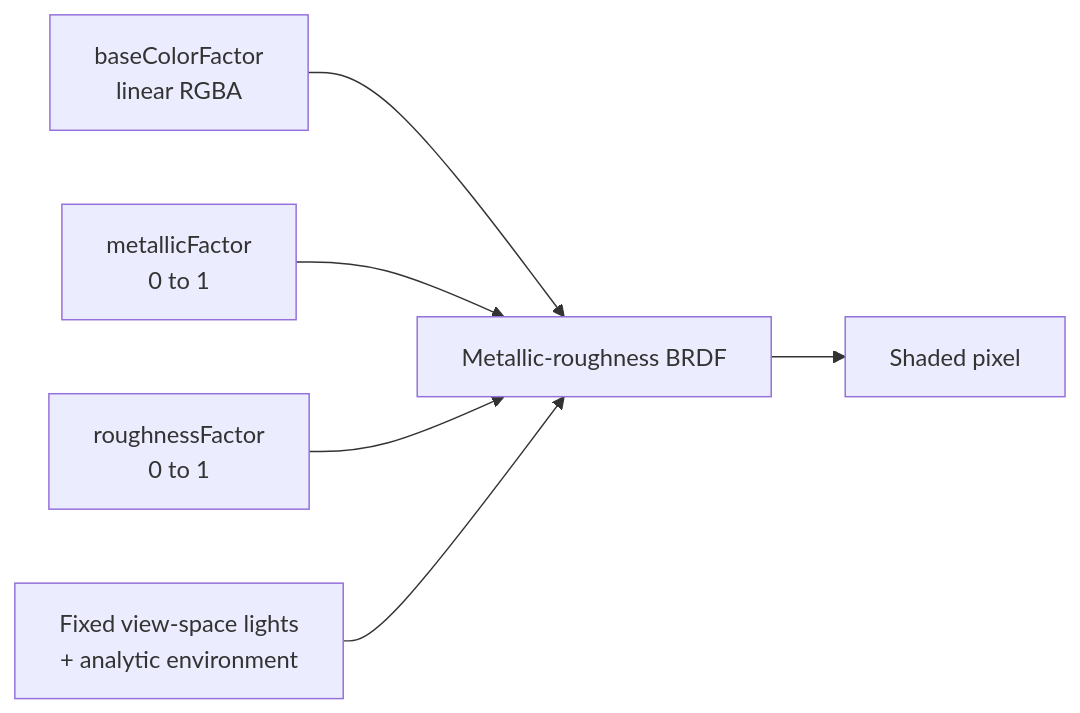
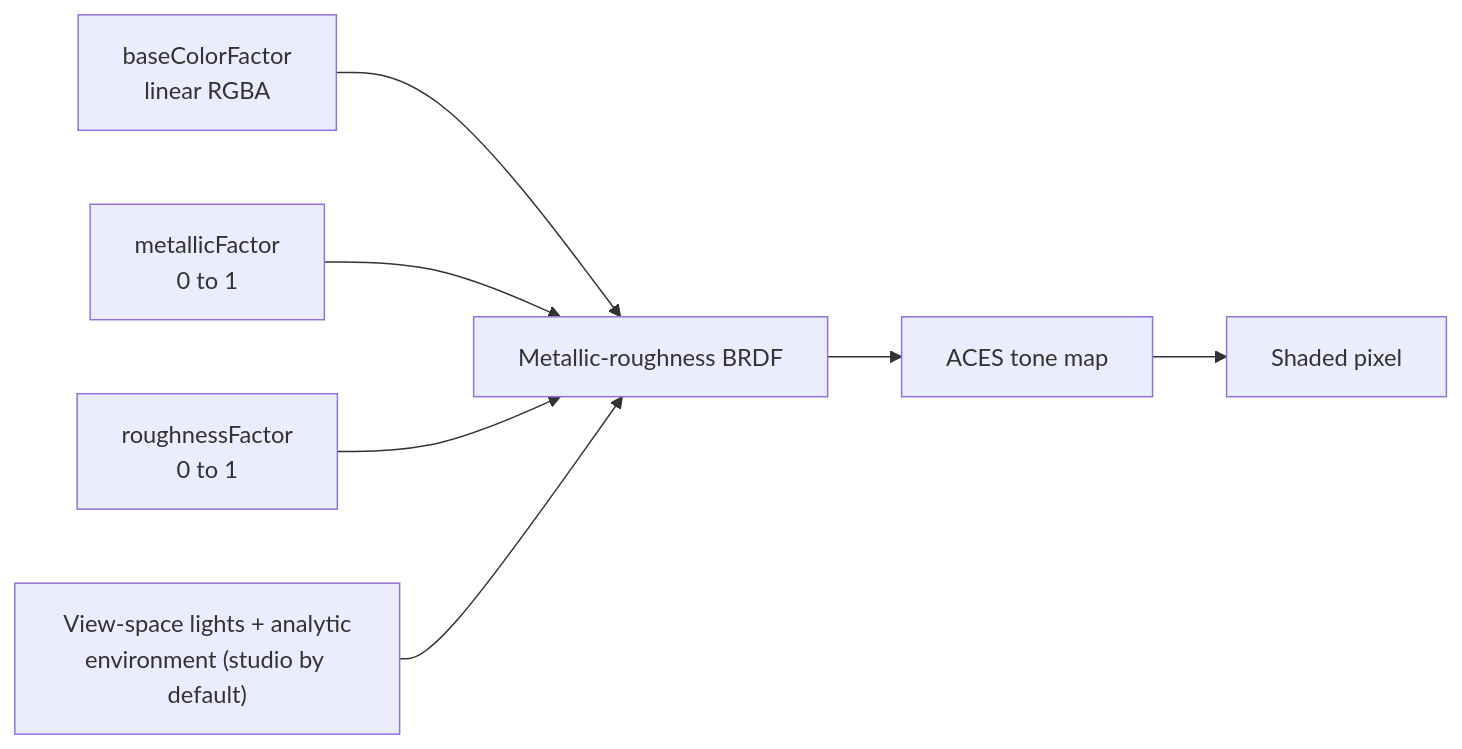
The diagram in docs-site/content/docs/concepts/material-model.mdx (taucad/nanoraster), drawn with Mermaid before and after one commit. The commit also changed other lines of this file and 36 other files, not shown here.

````diff
--- a/docs-site/content/docs/concepts/material-model.mdx
+++ b/docs-site/content/docs/concepts/material-model.mdx
@@ -19,8 +20,8 @@
 ```mermaid
 flowchart LR
   A[baseColorFactor<br/>linear RGBA] --> D[Metallic-roughness BRDF]
   B[metallicFactor<br/>0 to 1] --> D
   C[roughnessFactor<br/>0 to 1] --> D
-  E[Fixed view-space lights<br/>+ analytic environment] --> D
-  D --> F[Shaded pixel]
+  E["View-space lights + analytic<br/>environment (studio by default)"] --> D
+  D --> F[ACES tone map] --> G[Shaded pixel]
 ```
````
